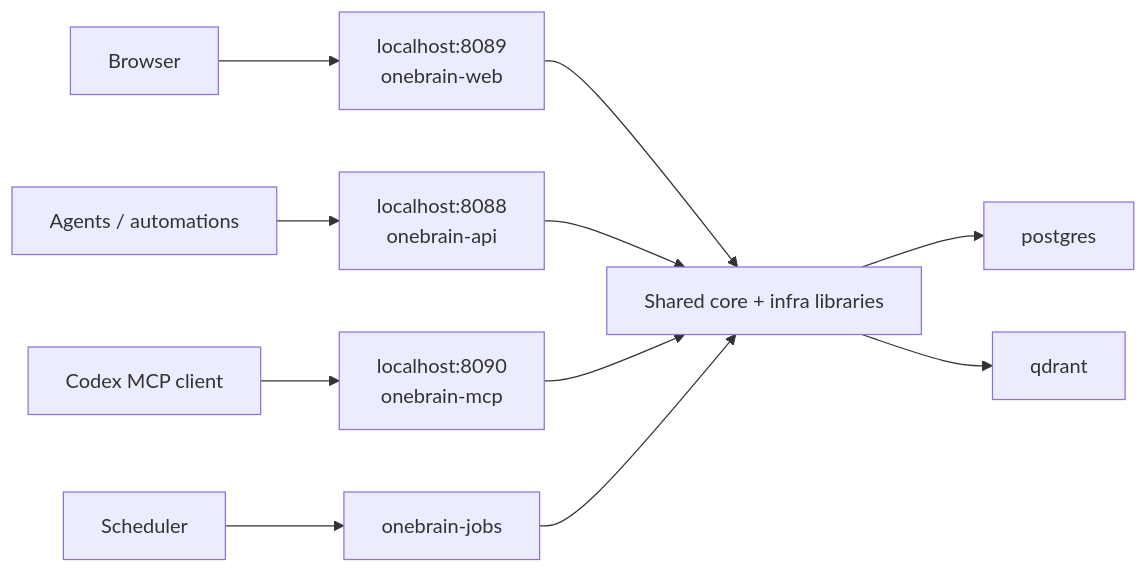
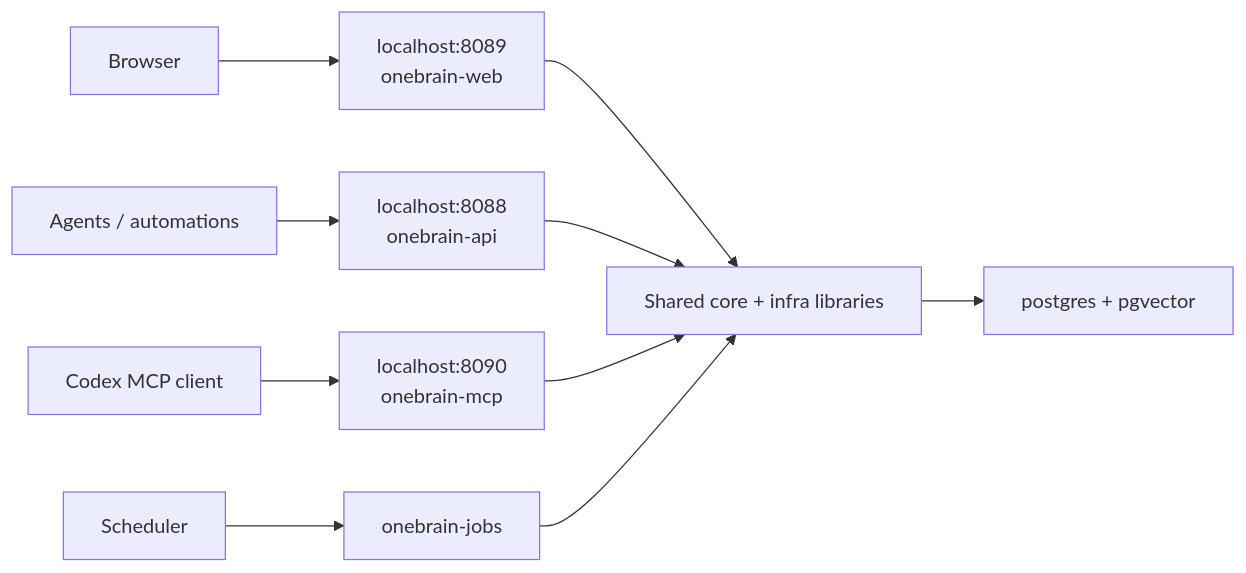
Before and after one commit to viamus/one-brain: the third of 3 diagrams in README.md, drawn with Mermaid. The commit also changed other lines of this file and 43 other files, not shown here.

Commit message:
Rework web, vectors, and jobs architecture

````diff
--- a/README.md
+++ b/README.md
@@ -85,13 +81,12 @@
 ```mermaid
 flowchart LR
     Browser["Browser"] --> WebPort["localhost:8089<br/>onebrain-web"]
     Agents["Agents / automations"] --> ApiPort["localhost:8088<br/>onebrain-api"]
     Codex["Codex MCP client"] --> McpPort["localhost:8090<br/>onebrain-mcp"]
     Worker["Scheduler"] --> JobsSvc["onebrain-jobs"]
     WebPort --> Shared["Shared core + infra libraries"]
     ApiPort --> Shared
     McpPort --> Shared
     JobsSvc --> Shared
-    Shared --> Postgres["postgres"]
-    Shared --> Qdrant["qdrant"]
+    Shared --> Postgres["postgres + pgvector"]
 ```
````
